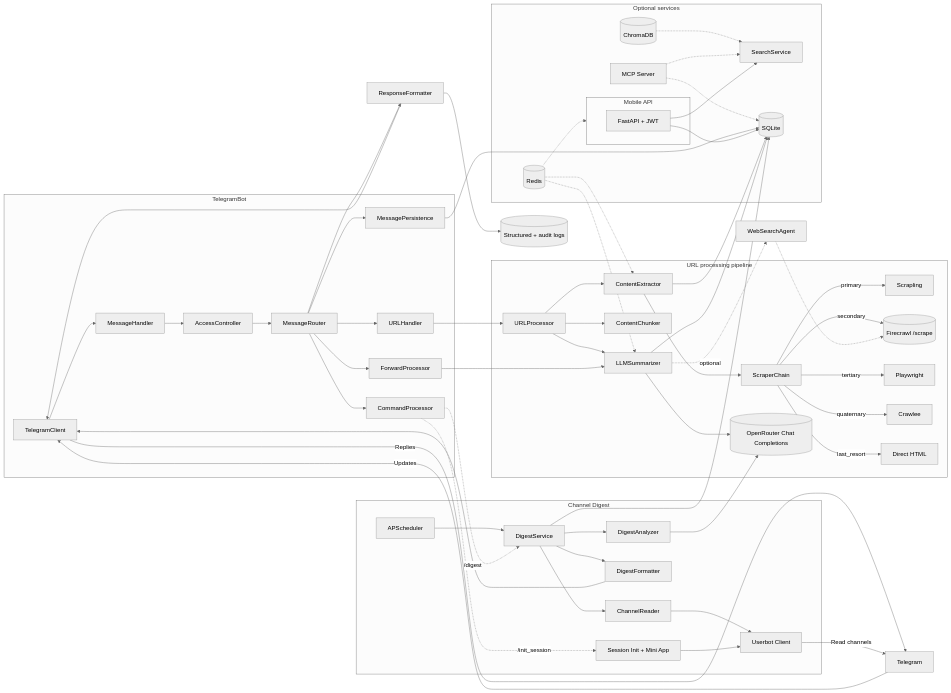
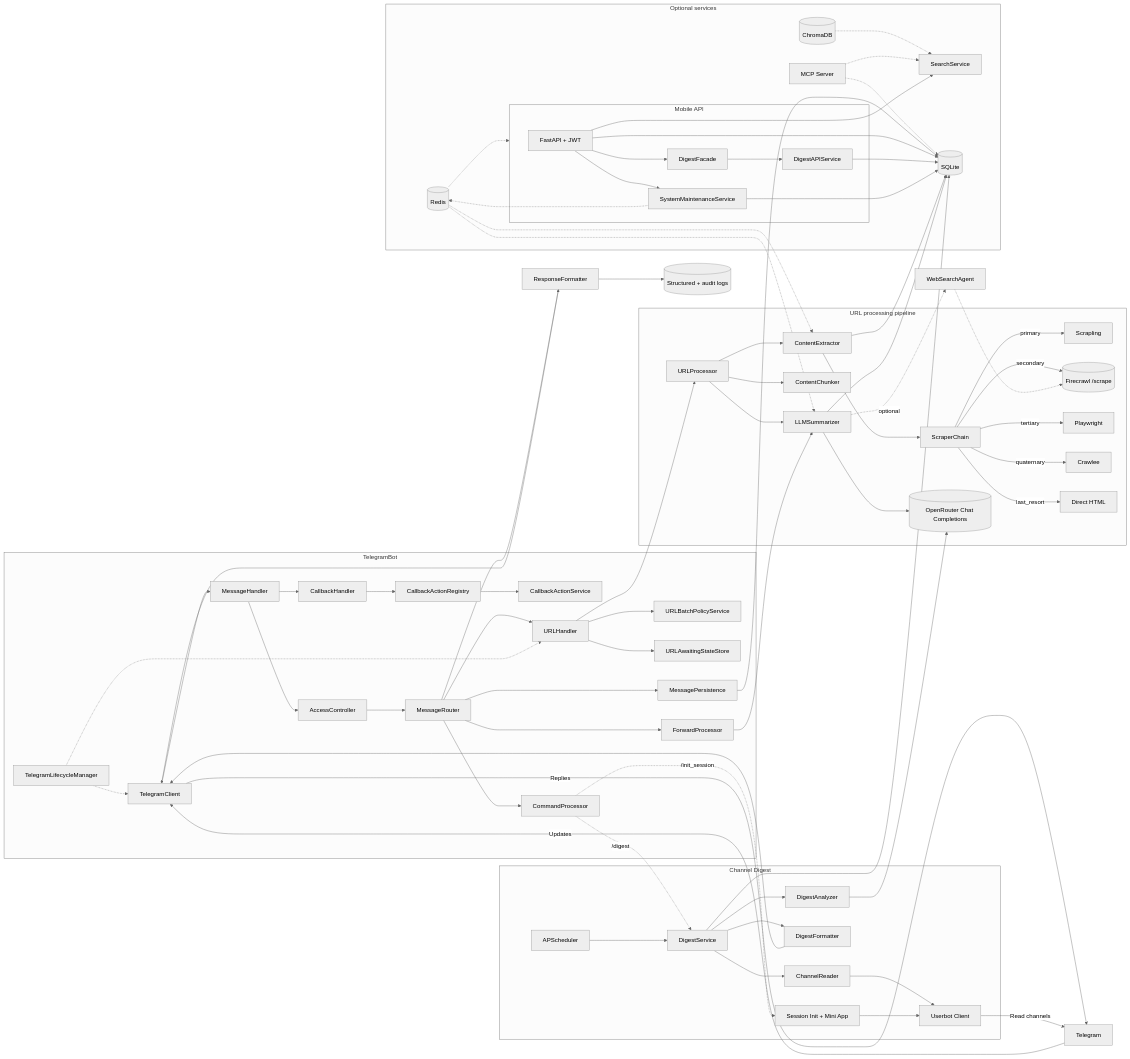
One commit to po4yka/bite-size-reader changed the diagram in README.md. Above: the diagram before and after it, drawn with Mermaid (neutral theme). The commit also changed other lines of this file and 6 other files, not shown here.

Commit message:
Refresh project documentation for current architecture

````diff
--- a/README.md
+++ b/README.md
@@ -63,67 +63,80 @@
 ```mermaid
 flowchart LR
   subgraph TelegramBot
     TGClient[TelegramClient] --> MsgHandler[MessageHandler]
     MsgHandler --> AccessController
+    MsgHandler --> CallbackHandler
+    CallbackHandler --> CallbackRegistry[CallbackActionRegistry]
+    CallbackRegistry --> CallbackActions[CallbackActionService]
     AccessController --> MessageRouter
     MessageRouter --> CommandProcessor
     MessageRouter --> URLHandler
+    URLHandler --> URLBatchPolicy[URLBatchPolicyService]
+    URLHandler --> URLAwaitingState[URLAwaitingStateStore]
     MessageRouter --> ForwardProcessor
     MessageRouter --> MessagePersistence
+    LifecycleMgr[TelegramLifecycleManager] -.-> TGClient
+    LifecycleMgr -.-> URLHandler
   end
 
   subgraph URLPipeline[URL processing pipeline]
     URLHandler --> URLProcessor
     URLProcessor --> ContentExtractor
     ContentExtractor --> ScraperChain[ScraperChain]
     ScraperChain -->|primary| Scrapling[Scrapling]
     ScraperChain -->|secondary| Firecrawl[(Firecrawl /scrape)]
     ScraperChain -->|tertiary| Playwright[Playwright]
     ScraperChain -->|quaternary| Crawlee[Crawlee]
     ScraperChain -->|last_resort| DirectHTML[Direct HTML]
     URLProcessor --> ContentChunker
     URLProcessor --> LLMSummarizer
     LLMSummarizer --> OpenRouter[(OpenRouter Chat Completions)]
   end
 
   subgraph DigestPipeline[Channel Digest]
     Scheduler[APScheduler] --> DigestService
     CommandProcessor -.->|/digest| DigestService
     DigestService --> ChannelReader
     ChannelReader --> UserbotClient[Userbot Client]
     DigestService --> DigestAnalyzer
     DigestAnalyzer --> OpenRouter
     DigestService --> DigestFormatter
     DigestFormatter --> TGClient
     CommandProcessor -.->|/init_session| SessionInit[Session Init + Mini App]
     SessionInit --> UserbotClient
   end
 
   subgraph OptionalServices[Optional services]
     Redis[(Redis)] -.-> ContentExtractor
     Redis -.-> LLMSummarizer
     Redis -.-> MobileAPI
     ChromaDB[(ChromaDB)] -.-> SearchService
     MCPServer[MCP Server] -.-> SQLite
     MCPServer -.-> SearchService
   end
 
   ForwardProcessor --> LLMSummarizer
   LLMSummarizer -.->| optional | WebSearch[WebSearchAgent]
   WebSearch -.-> Firecrawl
   ContentExtractor --> SQLite[(SQLite)]
   MessagePersistence --> SQLite
   LLMSummarizer --> SQLite
   DigestService --> SQLite
   MessageRouter --> ResponseFormatter
   ResponseFormatter --> TGClient
   TGClient -->| Replies | Telegram
   Telegram -->| Updates | TGClient
   UserbotClient -->| Read channels | Telegram
   ResponseFormatter --> Logs[(Structured + audit logs)]
 
   subgraph MobileAPI[Mobile API]
     FastAPI[FastAPI + JWT] --> SQLite
     FastAPI --> SearchService[SearchService]
+    FastAPI --> DigestFacade
+    DigestFacade --> DigestAPIService
+    DigestAPIService --> SQLite
+    FastAPI --> SystemMaint[SystemMaintenanceService]
+    SystemMaint --> SQLite
+    SystemMaint -.-> Redis
   end
 ```
````
